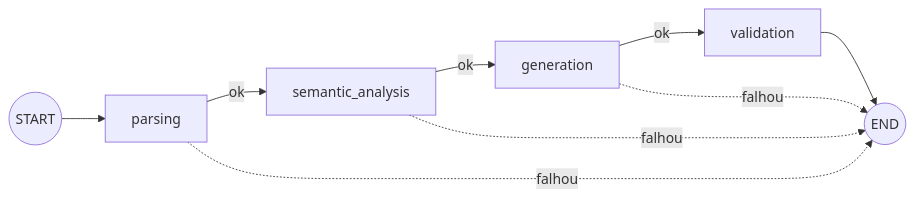
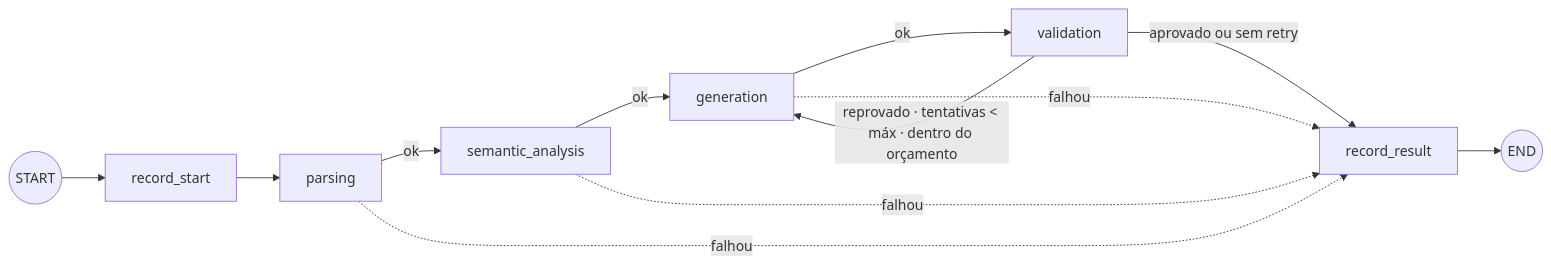
Before and after one commit to pedro-nuness/desafio-tecnico-sql-python: the third of 3 diagrams in README.md, drawn with Mermaid. The commit also changed other lines of this file and 35 other files, not shown here.

Commit message:
Enhance modernization pipeline with retry logic and feedback mechanism. Added configuration for maximum generation attempts and retry budget. Updated Dockerfile to use LangGraph CLI server. Improved documentation and examples to reflect changes in API and functionality.

````diff
--- a/README.md
+++ b/README.md
@@ -217,11 +243,14 @@
 ```mermaid
 flowchart LR
-    START((START)) --> parsing
+    START((START)) --> record_start
+    record_start --> parsing
     parsing -- ok --> semantic_analysis
     semantic_analysis -- ok --> generation
     generation -- ok --> validation
-    validation --> END((END))
-    parsing -. falhou .-> END
-    semantic_analysis -. falhou .-> END
-    generation -. falhou .-> END
+    validation -- "reprovado · tentativas < máx · dentro do orçamento" --> generation
+    validation -- "aprovado ou sem retry" --> record_result
+    parsing -. falhou .-> record_result
+    semantic_analysis -. falhou .-> record_result
+    generation -. falhou .-> record_result
+    record_result --> END((END))
 ```
````
